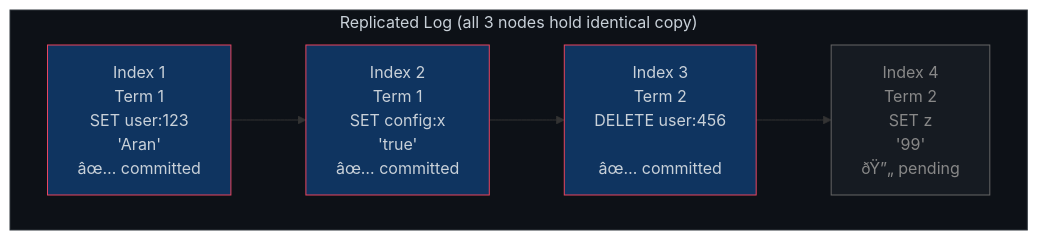
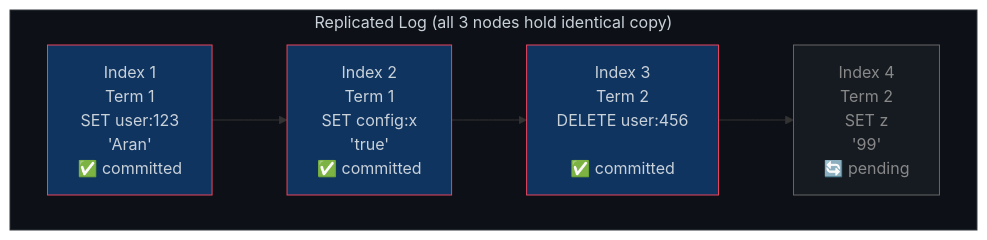
The fourth of 4 diagrams in README.md (DynamicRaftKV/dynamic-raft-kv), drawn with Mermaid before and after one commit. The commit also changed other lines of this file, not shown here.

````diff
--- a/README.md
+++ b/README.md
@@ -200,16 +200,16 @@
 ```mermaid
 flowchart LR
     subgraph Log["Replicated Log (all 3 nodes hold identical copy)"]
         direction LR
-        E1["Index 1\nTerm 1\nSET user:123\n'Aran'\nâœ… committed"]
-        E2["Index 2\nTerm 1\nSET config:x\n'true'\nâœ… committed"]
-        E3["Index 3\nTerm 2\nDELETE user:456\n\nâœ… committed"]
-        E4["Index 4\nTerm 2\nSET z\n'99'\nðŸ”„ pending"]
+        E1["Index 1\nTerm 1\nSET user:123\n'Aran'\n✅ committed"]
+        E2["Index 2\nTerm 1\nSET config:x\n'true'\n✅ committed"]
+        E3["Index 3\nTerm 2\nDELETE user:456\n\n✅ committed"]
+        E4["Index 4\nTerm 2\nSET z\n'99'\n🔄 pending"]
         E1 --> E2 --> E3 --> E4
     end
     style Log fill:#0d1117,stroke:#30363d,color:#c9d1d9
     style E1 fill:#0f3460,stroke:#e94560,color:#c9d1d9
     style E2 fill:#0f3460,stroke:#e94560,color:#c9d1d9
     style E3 fill:#0f3460,stroke:#e94560,color:#c9d1d9
     style E4 fill:#161b22,stroke:#666,color:#888
 ```
````
